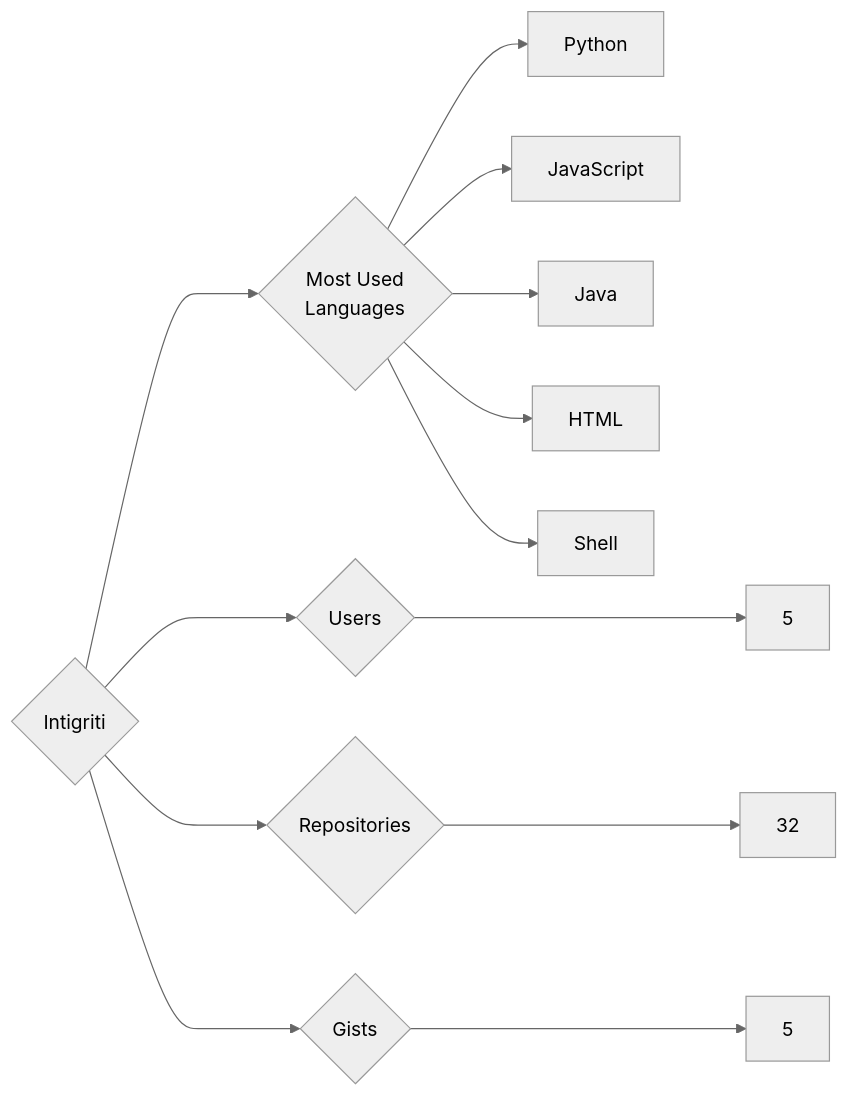
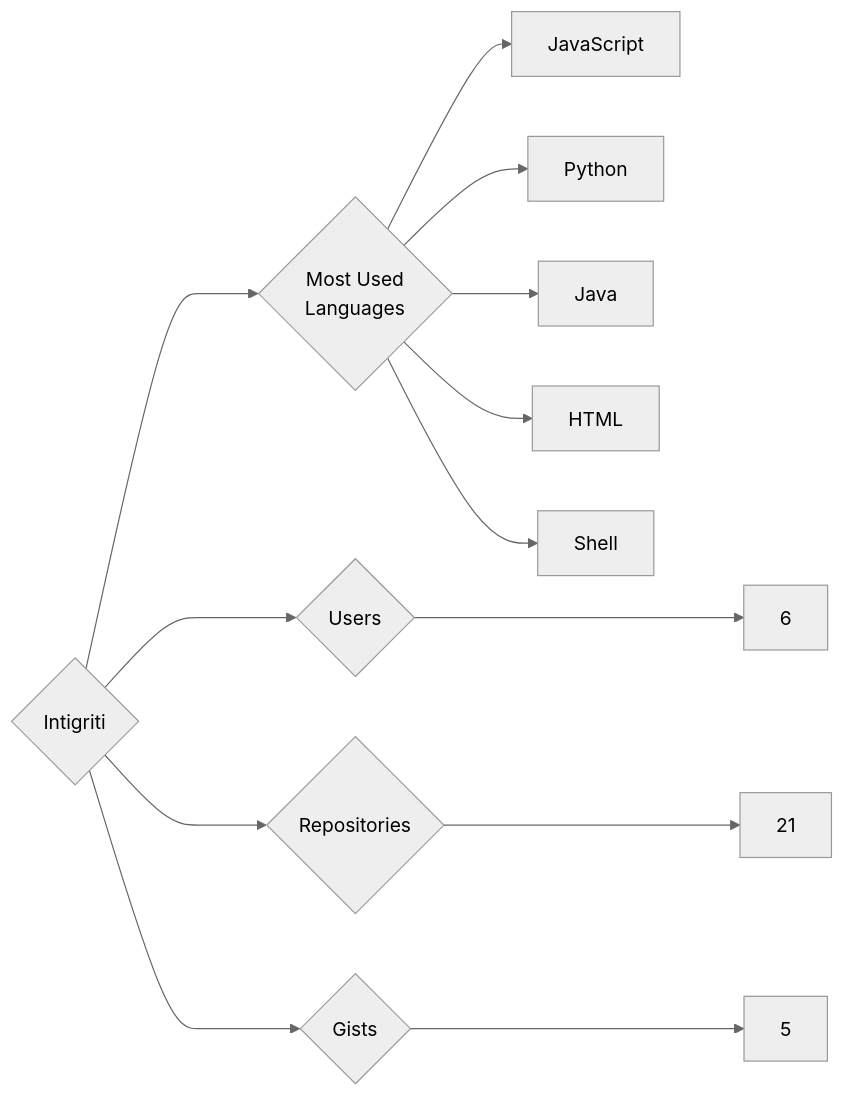
The diagram in targets/Intigriti/README.md (trickest/insiders), drawn with Mermaid (neutral theme) before and after one commit. The commit also changed 874 other files, not shown here.

````diff
--- a/targets/Intigriti/README.md
+++ b/targets/Intigriti/README.md
@@ -3,13 +3,13 @@
 ```mermaid
 graph LR
 COMPANY_NAME{Intigriti}
-COMPANY_NAME ---> U{Users} ---> UN[5]
-COMPANY_NAME ---> R{Repositories} ---> RN[32]
+COMPANY_NAME ---> U{Users} ---> UN[6]
+COMPANY_NAME ---> R{Repositories} ---> RN[21]
 COMPANY_NAME ---> G{Gists} ---> GN[5]
 COMPANY_NAME ---> ML{Most Used<br>Languages}
+ML --> JavaScript[JavaScript]
 ML --> Python[Python]
-ML --> JavaScript[JavaScript]
 ML --> Java[Java]
 ML --> HTML[HTML]
 ML --> Shell[Shell]
 ```
````
